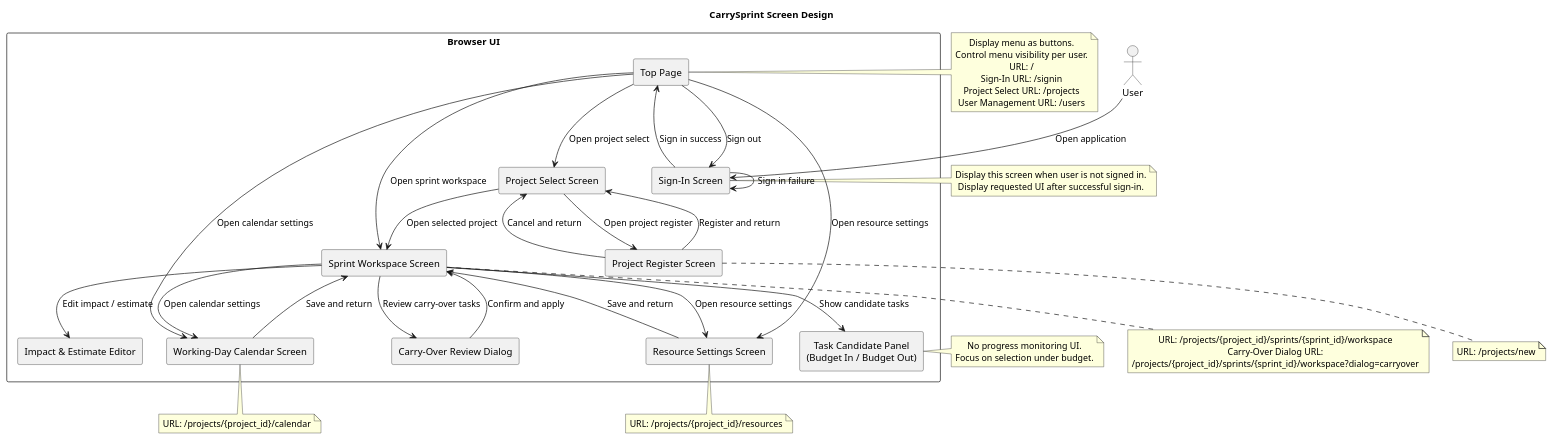
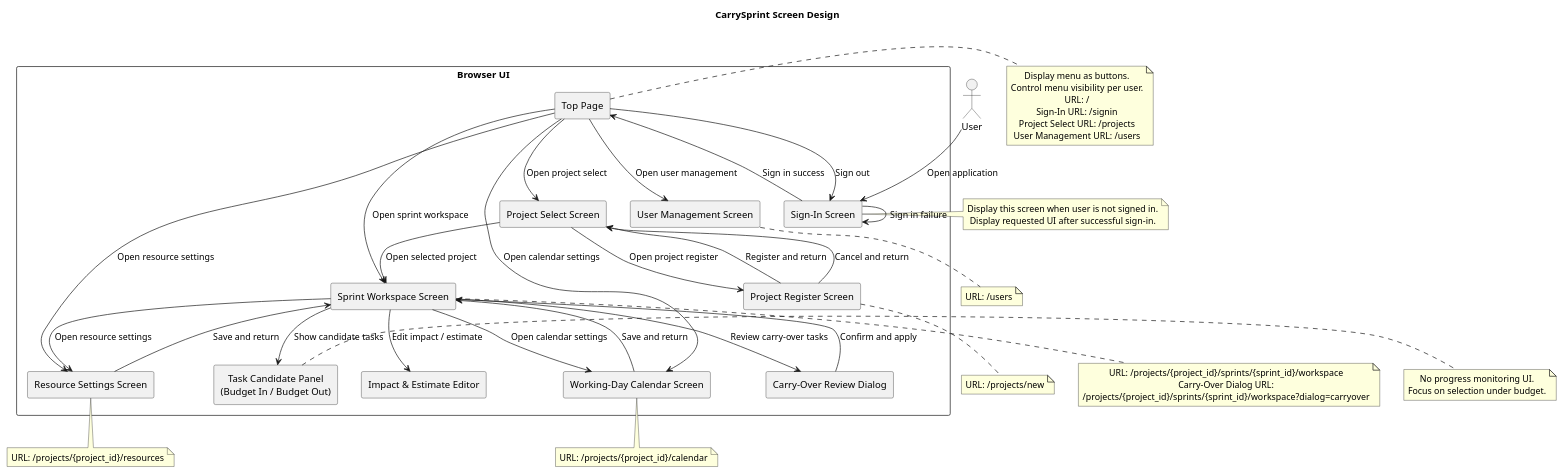
The diagram in docs/ui/screen_design.puml (fangface-hub/carry_sprint_docs), drawn with PlantUML before and after one commit. The commit also changed 11 other files, not shown here.

```diff
--- a/docs/ui/screen_design.puml
+++ b/docs/ui/screen_design.puml
@@ -1,84 +1,90 @@
 @startuml CarrySprintScreenDesign
 
 title CarrySprint Screen Design
 
 skinparam shadowing false
 skinparam defaultTextAlignment center
 
 actor "User" as user
 
 rectangle "Browser UI" {
   rectangle "Sign-In Screen" as screen_signin
   rectangle "Top Page" as screen_top
   rectangle "Project Select Screen" as screen_projects
   rectangle "Project Register Screen" as screen_project_register
+  rectangle "User Management Screen" as screen_users
   rectangle "Sprint Workspace Screen" as screen_workspace
   rectangle "Task Candidate Panel\n(Budget In / Budget Out)" as panel_task
   rectangle "Impact & Estimate Editor" as panel_editor
   rectangle "Resource Settings Screen" as screen_resource
   rectangle "Working-Day Calendar Screen" as screen_calendar
   rectangle "Carry-Over Review Dialog" as dialog_carry
 }
 
 user --> screen_signin : Open application
 screen_signin --> screen_top : Sign in success
 screen_signin --> screen_signin : Sign in failure
 screen_top --> screen_projects : Open project select
+screen_top --> screen_users : Open user management
 screen_top --> screen_workspace : Open sprint workspace
 screen_top --> screen_resource : Open resource settings
 screen_top --> screen_calendar : Open calendar settings
 screen_top --> screen_signin : Sign out
 screen_projects --> screen_workspace : Open selected project
 screen_projects --> screen_project_register : Open project register
 screen_project_register --> screen_projects : Register and return
 screen_project_register --> screen_projects : Cancel and return
 
 screen_workspace --> panel_task : Show candidate tasks
 screen_workspace --> panel_editor : Edit impact / estimate
 screen_workspace --> dialog_carry : Review carry-over tasks
 
 screen_workspace --> screen_resource : Open resource settings
 screen_workspace --> screen_calendar : Open calendar settings
 
 screen_resource --> screen_workspace : Save and return
 screen_calendar --> screen_workspace : Save and return
 dialog_carry --> screen_workspace : Confirm and apply
 
 note right of screen_top
   Display menu as buttons.
   Control menu visibility per user.
   URL: /
   Sign-In URL: /signin
   Project Select URL: /projects
   User Management URL: /users
 end note
 
 note right of screen_signin
   Display this screen when user is not signed in.
   Display requested UI after successful sign-in.
 end note
 
 note right of panel_task
   No progress monitoring UI.
   Focus on selection under budget.
 end note
 
 note bottom of screen_workspace
   URL: /projects/{project_id}/sprints/{sprint_id}/workspace
   Carry-Over Dialog URL:
   /projects/{project_id}/sprints/{sprint_id}/workspace?dialog=carryover
 end note
 
 note bottom of screen_project_register
   URL: /projects/new
 end note
 
+note bottom of screen_users
+  URL: /users
+end note
+
 note bottom of screen_resource
   URL: /projects/{project_id}/resources
 end note
 
 note bottom of screen_calendar
   URL: /projects/{project_id}/calendar
 end note
 
 @enduml
```
